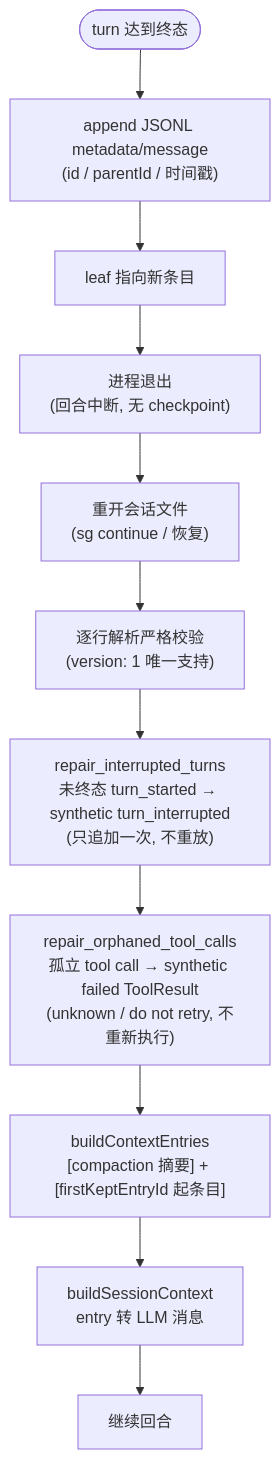
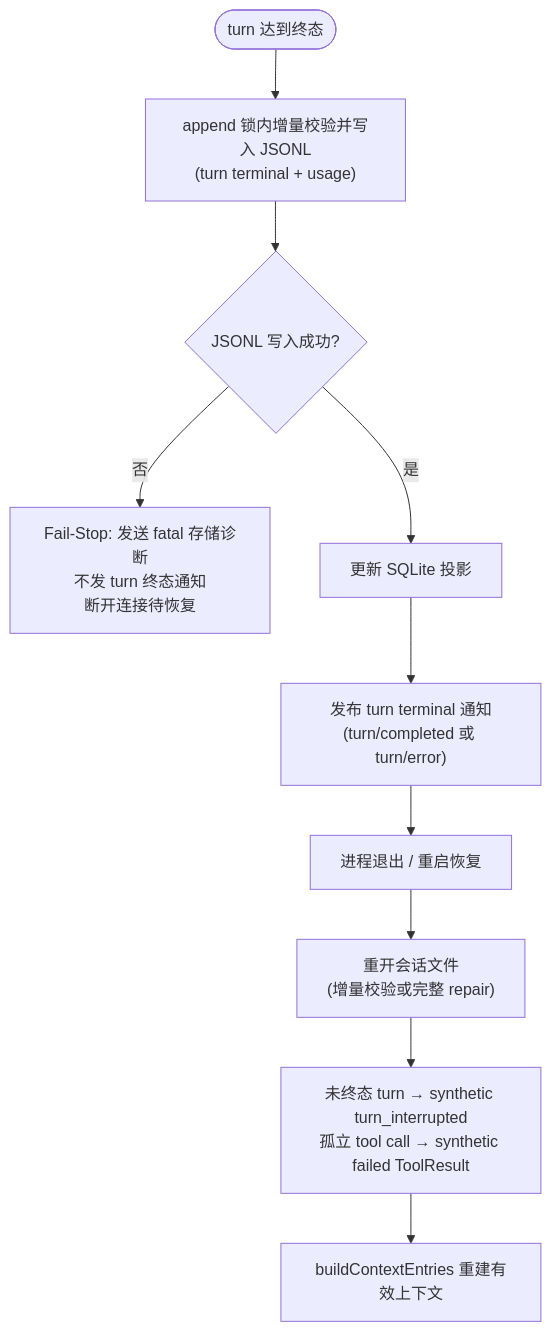
Before and after one commit to qjcnmd/singularity-agent: the fifth of 7 diagrams in docs/singularity.md, drawn with Mermaid. The commit also changed other lines of this file, not shown here.

Commit message:
docs: synchronize single architecture truth document

````diff
--- a/docs/singularity.md
+++ b/docs/singularity.md
@@ -167,13 +189,12 @@
 ```mermaid
 flowchart TD
-    A(["turn 达到终态"]) --> B["append JSONL metadata/message<br/>(id / parentId / 时间戳)"]
-    B --> C["leaf 指向新条目"]
-    C --> D["进程退出<br/>(回合中断, 无 checkpoint)"]
-    D --> E["重开会话文件<br/>(sg continue / 恢复)"]
-    E --> F["逐行解析严格校验<br/>(version: 1 唯一支持)"]
-    F --> F1["repair_interrupted_turns<br/>未终态 turn_started → synthetic turn_interrupted<br/>(只追加一次, 不重放)"]
-    F1 --> F2["repair_orphaned_tool_calls<br/>孤立 tool call → synthetic failed ToolResult<br/>(unknown / do not retry, 不重新执行)"]
-    F2 --> G["buildContextEntries<br/>[compaction 摘要] + [firstKeptEntryId 起条目]"]
-    G --> H["buildSessionContext<br/>entry 转 LLM 消息"]
-    H --> I["继续回合"]
+    A(["turn 达到终态"]) --> B["append 锁内增量校验并写入 JSONL<br/>(turn terminal + usage)"]
+    B --> C{"JSONL 写入成功?"}
+    C -- 否 --> FAILSTOP["Fail-Stop: 发送 fatal 存储诊断<br/>不发 turn 终态通知<br/>断开连接待恢复"]
+    C -- 是 --> D["更新 SQLite 投影"]
+    D --> E["发布 turn terminal 通知<br/>(turn/completed 或 turn/error)"]
+    E --> F["进程退出 / 重启恢复"]
+    F --> G["重开会话文件<br/>(增量校验或完整 repair)"]
+    G --> H["未终态 turn → synthetic turn_interrupted<br/>孤立 tool call → synthetic failed ToolResult"]
+    H --> I["buildContextEntries 重建有效上下文"]
 ```
````
